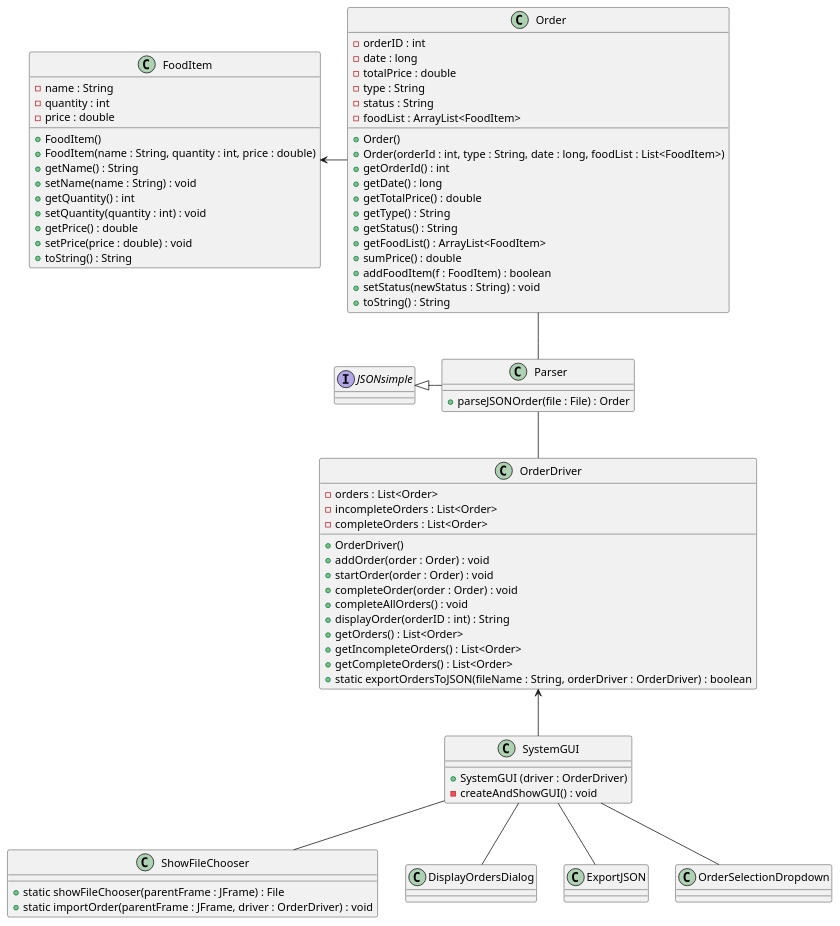
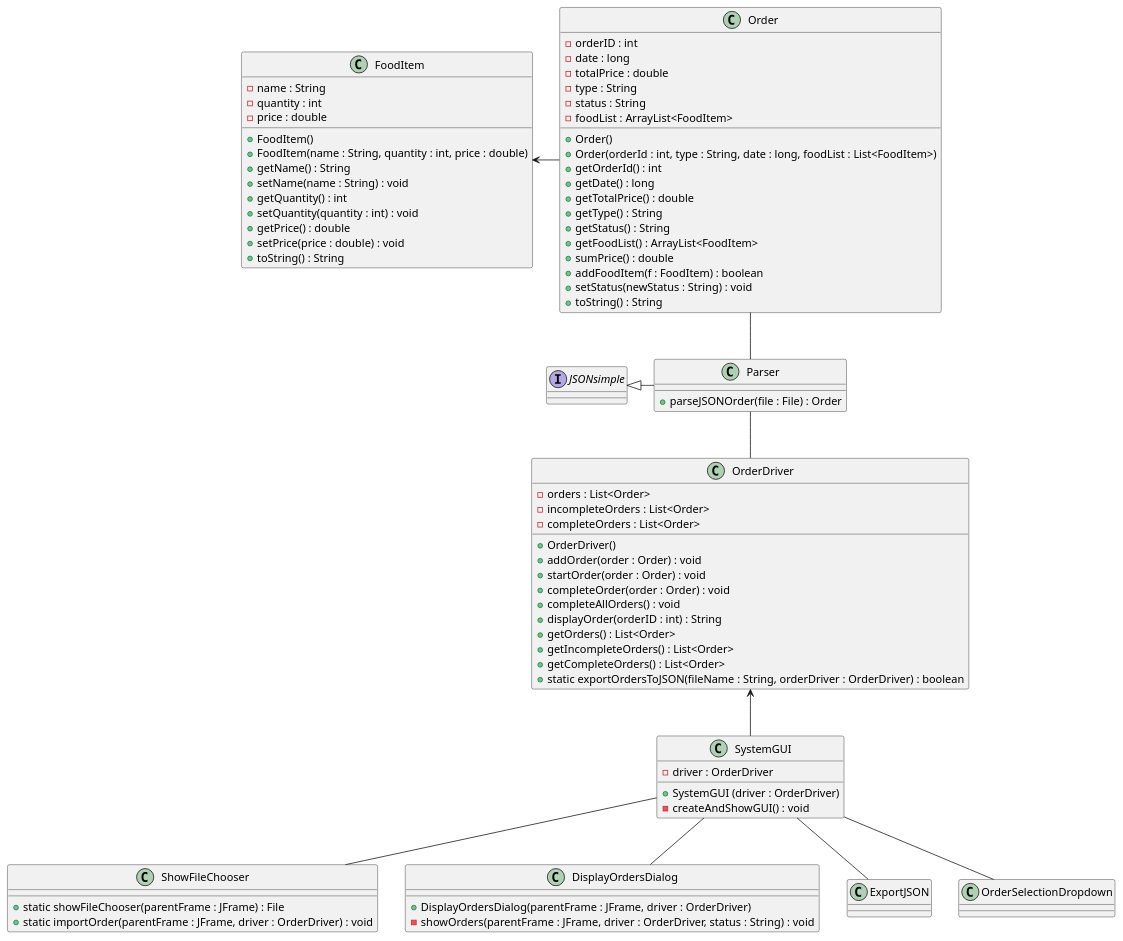
The diagram in code/src/main/java/Design/ClassUMLDiagram.puml (aidanmahl/372GroupProject), drawn with PlantUML before and after one commit.

Commit message:
Editing UML.

```diff
--- a/code/src/main/java/Design/ClassUMLDiagram.puml
+++ b/code/src/main/java/Design/ClassUMLDiagram.puml
@@ -1,99 +1,104 @@
 @startuml
 'https://plantuml.com/class-diagram
 
 class Parser
 class FoodItem
 class Order
 class OrderDriver
 
 class SystemGUI
 class ShowFileChooser
 class DisplayOrdersDialog
 class ExportJSON
 class OrderSelectionDropdown
 
 interface JSONsimple
 
 
 JSONsimple <|- Parser
 Order -- Parser
 FoodItem <- Order
 Parser -- OrderDriver
 
 OrderDriver <-- SystemGUI
 
 SystemGUI -- ShowFileChooser
 SystemGUI -- DisplayOrdersDialog
 SystemGUI -- ExportJSON
 SystemGUI -- OrderSelectionDropdown
 
 class FoodItem {
 - name : String
 - quantity : int
 - price : double
 
 + FoodItem()
 + FoodItem(name : String, quantity : int, price : double)
 + getName() : String
 + setName(name : String) : void
 + getQuantity() : int
 + setQuantity(quantity : int) : void
 + getPrice() : double
 + setPrice(price : double) : void
 + toString() : String
 }
 
 class Order {
 - orderID : int
 - date : long
 - totalPrice : double
 - type : String
 - status : String
 - foodList : ArrayList<FoodItem>
 
 + Order()
 + Order(orderId : int, type : String, date : long, foodList : List<FoodItem>)
 + getOrderId() : int
 + getDate() : long
 + getTotalPrice() : double
 + getType() : String
 + getStatus() : String
 + getFoodList() : ArrayList<FoodItem>
 + sumPrice() : double
 + addFoodItem(f : FoodItem) : boolean
 + setStatus(newStatus : String) : void
 + toString() : String
 }
 
 class Parser {
 + parseJSONOrder(file : File) : Order
 }
 
 class OrderDriver {
 - orders : List<Order>
 - incompleteOrders : List<Order>
 - completeOrders : List<Order>
 
 + OrderDriver()
 + addOrder(order : Order) : void
 + startOrder(order : Order) : void
 + completeOrder(order : Order) : void
 + completeAllOrders() : void
 + displayOrder(orderID : int) : String
 + getOrders() : List<Order>
 + getIncompleteOrders() : List<Order>
 + getCompleteOrders() : List<Order>
 + static exportOrdersToJSON(fileName : String, orderDriver : OrderDriver) : boolean
 }
 
 class SystemGUI {
+- driver : OrderDriver
 + SystemGUI (driver : OrderDriver)
 - createAndShowGUI() : void
 }
 
 class ShowFileChooser {
 + static showFileChooser(parentFrame : JFrame) : File
 + static importOrder(parentFrame : JFrame, driver : OrderDriver) : void
 }
 
+class DisplayOrdersDialog{
++ DisplayOrdersDialog(parentFrame : JFrame, driver : OrderDriver)
+- showOrders(parentFrame : JFrame, driver : OrderDriver, status : String) : void
+}
 @enduml
```
